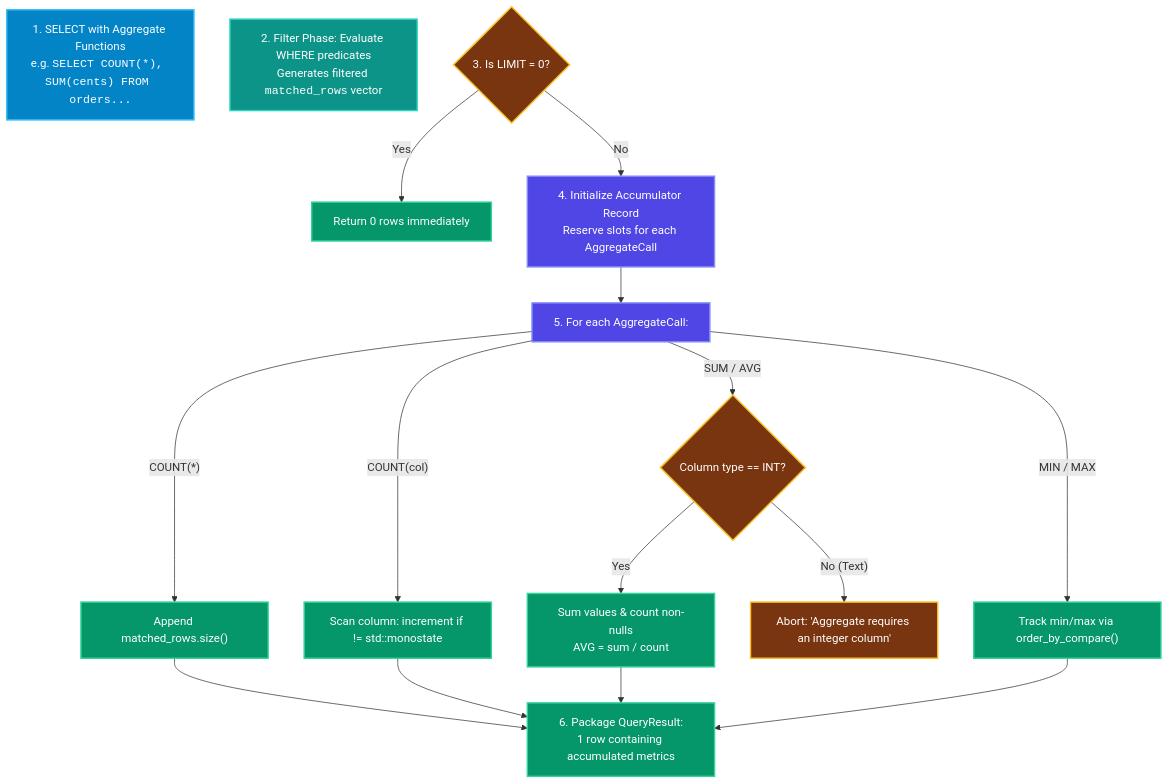
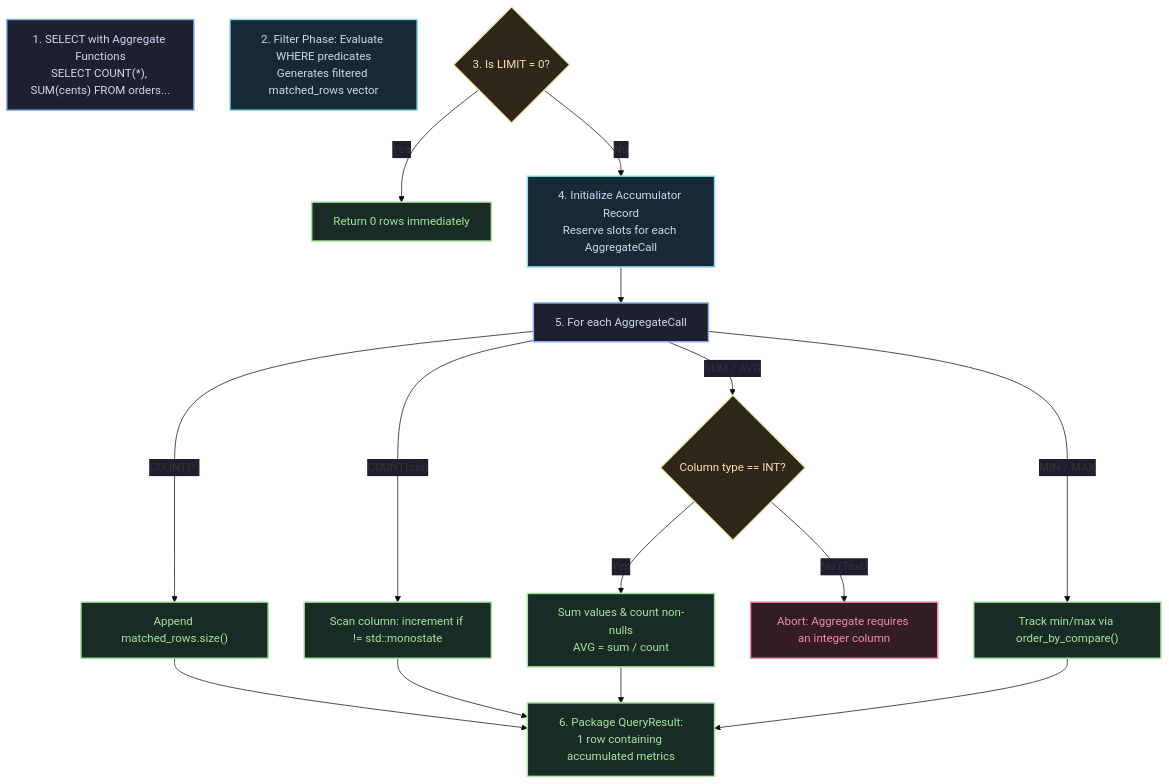
The diagram in docs/sql/aggregations.md (KAAZamapiloT/QUARTZ_DB), drawn with Mermaid before and after one commit. The commit also changed 18 other files, not shown here.

````diff
--- a/docs/sql/aggregations.md
+++ b/docs/sql/aggregations.md
@@ -71,31 +71,32 @@
 ```mermaid
+%%{init: {'theme': 'base', 'themeVariables': {'edgeLabelBackground': '#1e1e2e', 'tertiaryTextColor': '#cdd6f4'}}}%%
 flowchart TD
-    %% Colorful Aggregation Flow
-    classDef inputNode fill:#0284c7,stroke:#38bdf8,stroke-width:2px,color:#ffffff;
-    classDef matchNode fill:#0d9488,stroke:#2dd4bf,stroke-width:2px,color:#ffffff;
-    classDef loopNode fill:#4f46e5,stroke:#818cf8,stroke-width:2px,color:#ffffff;
-    classDef checkType fill:#78350f,stroke:#fbbf24,stroke-width:2px,color:#ffffff;
-    classDef resultNode fill:#059669,stroke:#34d399,stroke-width:2px,color:#ffffff;
+    classDef entry fill:#1e2030,stroke:#89b4fa,stroke-width:2px,color:#cdd6f4;
+    classDef guard fill:#2e2619,stroke:#f9e2af,stroke-width:2px,color:#f9e2af;
+    classDef success fill:#182c25,stroke:#a6e3a1,stroke-width:2px,color:#a6e3a1;
+    classDef error fill:#331c24,stroke:#f38ba8,stroke-width:2px,color:#f38ba8;
+    classDef disk fill:#241e38,stroke:#cba6f7,stroke-width:2px,color:#cdd6f4;
+    classDef shared fill:#162a35,stroke:#89dceb,stroke-width:2px,color:#cdd6f4;
 
-    Start["1. SELECT with Aggregate Functions<br>e.g. <code>SELECT COUNT(*), SUM(cents) FROM orders...</code>"]:::inputNode
-    FilterPhase["2. Filter Phase: Evaluate WHERE predicates<br>Generates filtered <code>matched_rows</code> vector"]:::matchNode
+    Start["1. SELECT with Aggregate Functions<br/>SELECT COUNT(*), SUM(cents) FROM orders..."]:::entry
+    FilterPhase["2. Filter Phase: Evaluate WHERE predicates<br/>Generates filtered matched_rows vector"]:::shared
     
-    CheckLimit{"3. Is LIMIT = 0?"}:::checkType
-    CheckLimit -- "Yes" --> EmptySet["Return 0 rows immediately"]:::resultNode
-    CheckLimit -- "No" --> InitAcc["4. Initialize Accumulator Record<br>Reserve slots for each AggregateCall"]:::loopNode
+    CheckLimit{"3. Is LIMIT = 0?"}:::guard
+    CheckLimit -- "Yes" --> EmptySet["Return 0 rows immediately"]:::success
+    CheckLimit -- "No" --> InitAcc["4. Initialize Accumulator Record<br/>Reserve slots for each AggregateCall"]:::shared
 
-    InitAcc --> LoopCols["5. For each AggregateCall:"]:::loopNode
+    InitAcc --> LoopCols["5. For each AggregateCall"]:::entry
 
-    LoopCols -- "COUNT(*)" --> DoStar["Append matched_rows.size()"]:::resultNode
-    LoopCols -- "COUNT(col)" --> DoCount["Scan column: increment if != std::monostate"]:::resultNode
-    LoopCols -- "SUM / AVG" --> ValidateInt{"Column type == INT?"}:::checkType
-    LoopCols -- "MIN / MAX" --> DoExtremal["Track min/max via order_by_compare()"]:::resultNode
+    LoopCols -- "COUNT(*)" --> DoStar["Append matched_rows.size()"]:::success
+    LoopCols -- "COUNT(col)" --> DoCount["Scan column: increment if != std::monostate"]:::success
+    LoopCols -- "SUM / AVG" --> ValidateInt{"Column type == INT?"}:::guard
+    LoopCols -- "MIN / MAX" --> DoExtremal["Track min/max via order_by_compare()"]:::success
 
-    ValidateInt -- "No (Text)" --> ErrorType["Abort: 'Aggregate requires an integer column'"]:::checkType
-    ValidateInt -- "Yes" --> AccumulateSum["Sum values & count non-nulls<br>AVG = sum / count"]:::resultNode
+    ValidateInt -- "No (Text)" --> ErrorType["Abort: Aggregate requires an integer column"]:::error
+    ValidateInt -- "Yes" --> AccumulateSum["Sum values &amp; count non-nulls<br/>AVG = sum / count"]:::success
 
-    DoStar --> BuildResult["6. Package QueryResult:<br>1 row containing accumulated metrics"]:::resultNode
+    DoStar --> BuildResult["6. Package QueryResult:<br/>1 row containing accumulated metrics"]:::success
     DoCount --> BuildResult
     AccumulateSum --> BuildResult
     DoExtremal --> BuildResult
 ```
````
